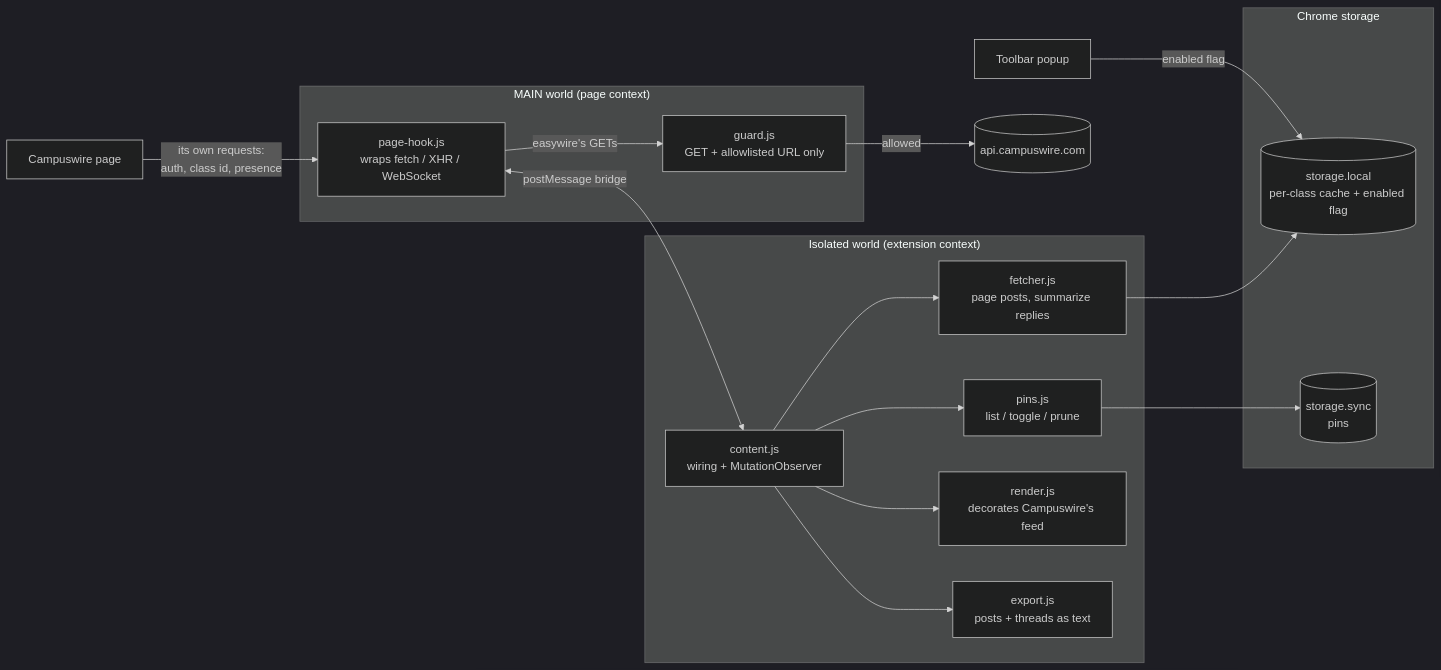
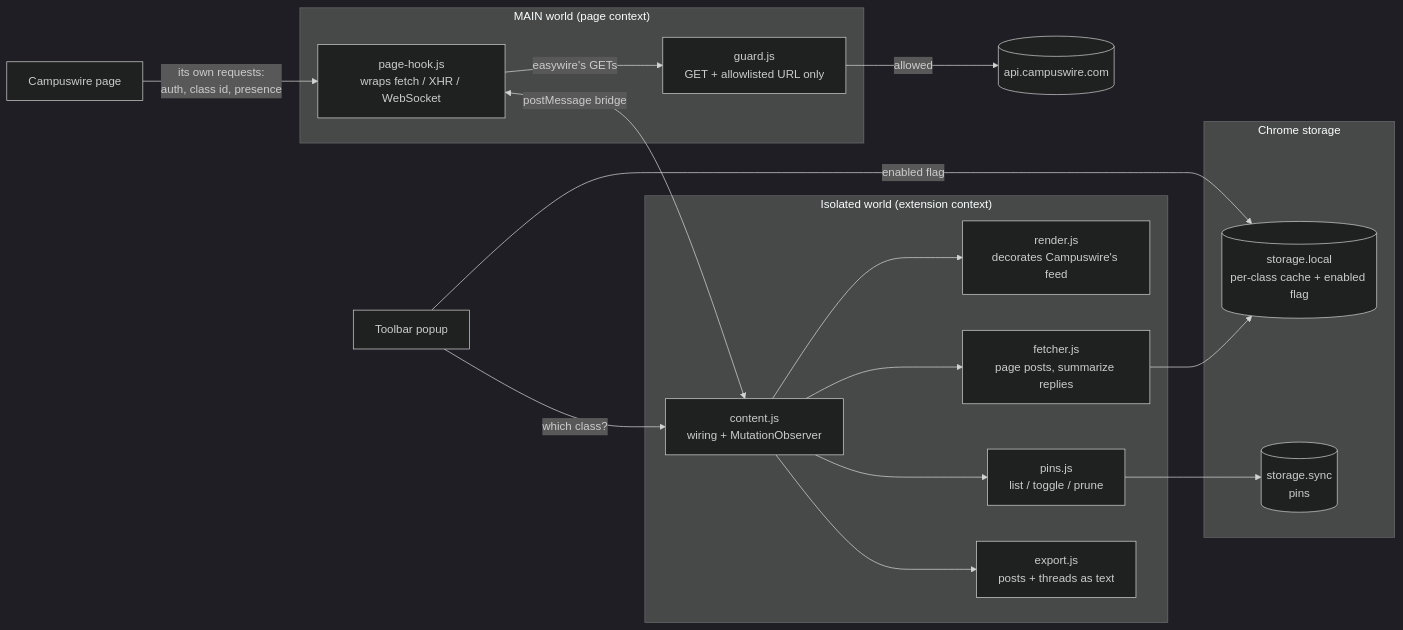
Before and after one commit to gRain-is-grainy/easywire: the diagram in README.md, drawn with Mermaid (dark theme). The commit also changed other lines of this file and 12 other files, not shown here.

````diff
--- a/README.md
+++ b/README.md
@@ -68,36 +69,37 @@
 ```mermaid
 flowchart LR
     CW["Campuswire page"]
     API[("api.campuswire.com")]
     POPUP["Toolbar popup"]
 
     subgraph MAIN["MAIN world (page context)"]
         HOOK["page-hook.js<br/>wraps fetch / XHR / WebSocket"]
         GUARD["guard.js<br/>GET + allowlisted URL only"]
     end
 
     subgraph ISO["Isolated world (extension context)"]
         CONTENT["content.js<br/>wiring + MutationObserver"]
         FETCH["fetcher.js<br/>page posts, summarize replies"]
         PINS["pins.js<br/>list / toggle / prune"]
         RENDER["render.js<br/>decorates Campuswire's feed"]
         EXPORT["export.js<br/>posts + threads as text"]
     end
 
     subgraph STORE["Chrome storage"]
         LOCAL[("storage.local<br/>per-class cache + enabled flag")]
         SYNC[("storage.sync<br/>pins")]
     end
 
     CW -- "its own requests:<br/>auth, class id, presence" --> HOOK
     HOOK -- "easywire's GETs" --> GUARD
     GUARD -- "allowed" --> API
     HOOK <-- "postMessage bridge" --> CONTENT
     CONTENT --> RENDER
     CONTENT --> FETCH
     CONTENT --> PINS
     CONTENT --> EXPORT
     FETCH --> LOCAL
     PINS --> SYNC
     POPUP -- "enabled flag" --> LOCAL
+    POPUP -- "which class?" --> CONTENT
 ```
````
